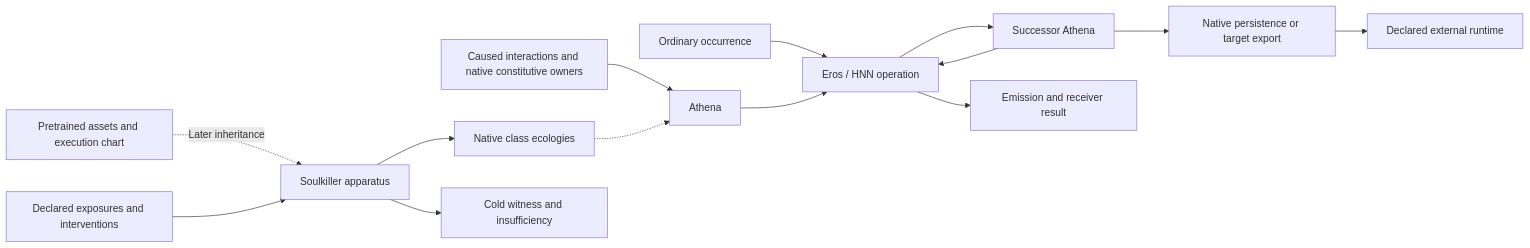
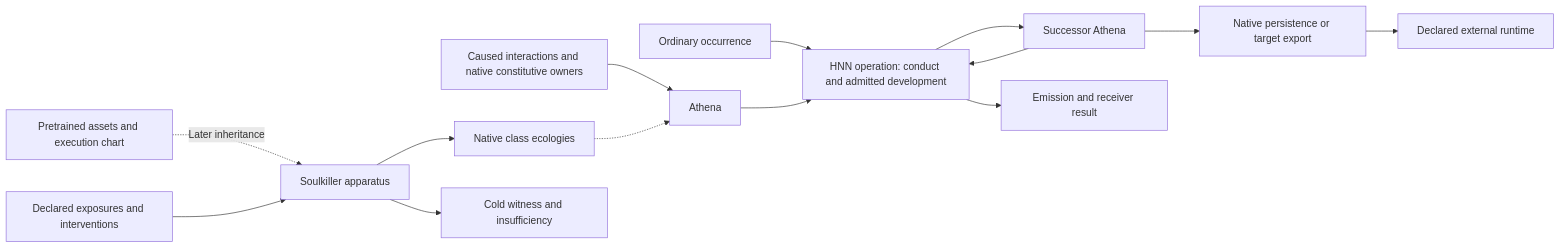
The diagram in docs/ARCHITECTURE.md (brandonrdug/holonics), drawn with Mermaid before and after one commit. The commit also changed other lines of this file and 5 other files, not shown here.

Commit message:
Diagram HNN passages Eros development and Soulkiller equivalence maps

````diff
--- a/docs/ARCHITECTURE.md
+++ b/docs/ARCHITECTURE.md
@@ -53,16 +53,16 @@
 ```mermaid
 flowchart LR
     C[Caused interactions and native constitutive owners] --> A[Athena]
     F[Pretrained assets and execution chart] -. Later inheritance .-> S[Soulkiller apparatus]
     X[Declared exposures and interventions] --> S
     S --> N[Native class ecologies]
     S --> W[Cold witness and insufficiency]
     N -.-> A
-    O[Ordinary occurrence] --> E[Eros / HNN operation]
+    O[Ordinary occurrence] --> E[HNN operation: conduct and admitted development]
     A --> E
     E --> A2[Successor Athena]
     E --> R[Emission and receiver result]
     A2 --> E
     A2 --> P[Native persistence or target export]
     P --> T[Declared external runtime]
 ```
````
